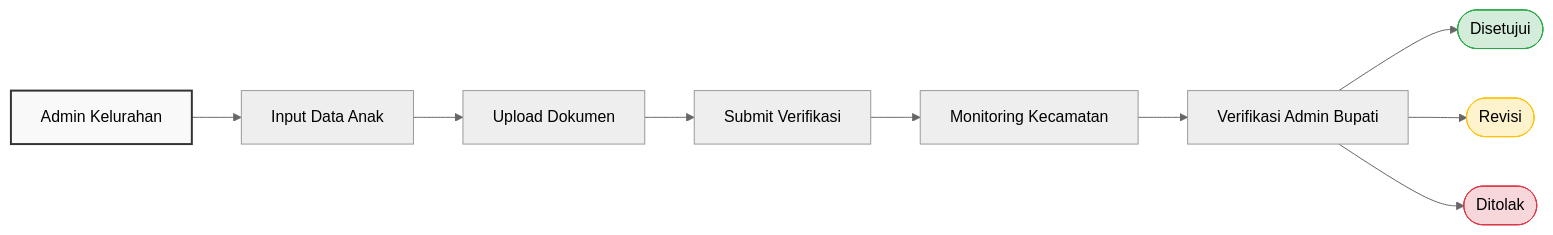
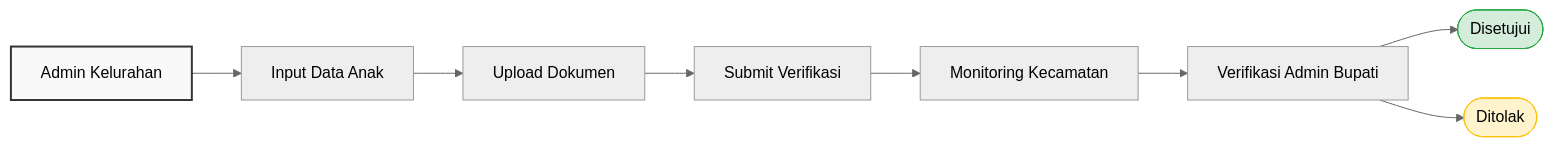
The diagram in README.md (adrnhvisy/project-pendataan-anak-yatim), drawn with Mermaid (neutral theme) before and after one commit. The commit also changed 3 other files, not shown here.

````diff
--- a/README.md
+++ b/README.md
@@ -70,16 +70,15 @@
 ```mermaid
 flowchart LR
     A[Admin Kelurahan] --> B[Input Data Anak]
     B --> C[Upload Dokumen]
     C --> D[Submit Verifikasi]
     D --> E[Monitoring Kecamatan]
     E --> F[Verifikasi Admin Bupati]
     F --> G([Disetujui])
-    F --> H([Revisi])
-    F --> I([Ditolak])
+    F --> H([Ditolak])
 
     style A fill:#f9f9f9,stroke:#333,stroke-width:2px
     style G fill:#d4edda,stroke:#28a745
     style H fill:#fff3cd,stroke:#ffc107
-    style I fill:#f8d7da,stroke:#dc3545
+    
 ```
````
